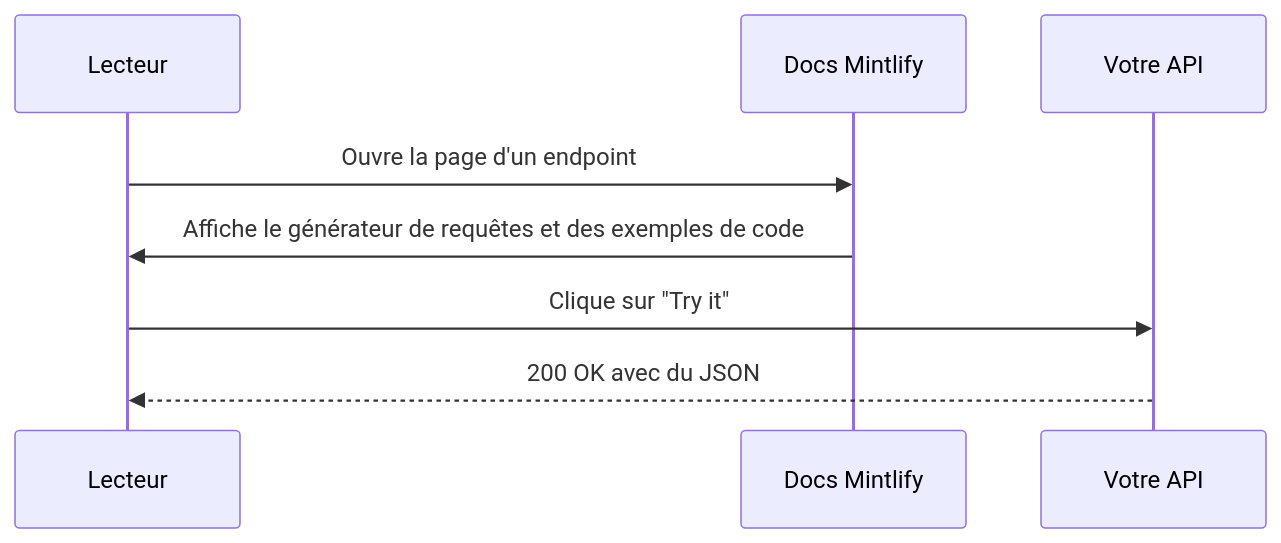
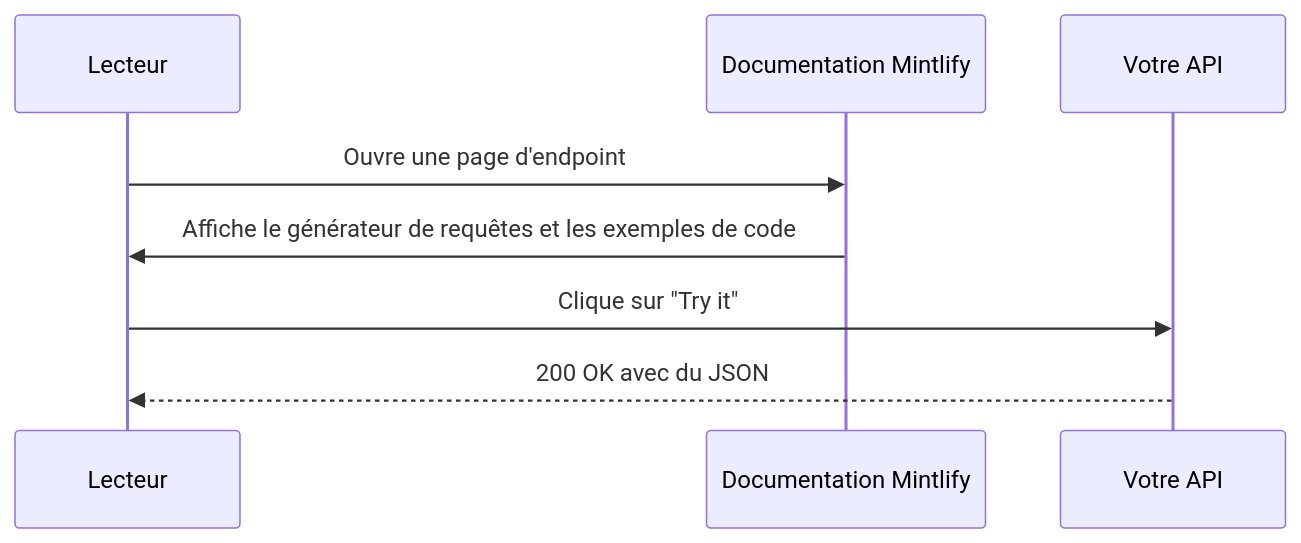
Before and after one commit to mintlify-demo/docs: the first of 2 diagrams in fr/showcase/components.mdx, drawn with Mermaid. The commit also changed other lines of this file and 76 other files, not shown here.

````diff
--- a/fr/showcase/components.mdx
+++ b/fr/showcase/components.mdx
@@ -111,10 +111,10 @@
 ```mermaid
 sequenceDiagram
-    participant Lecteur
-    participant Docs as Docs Mintlify
+    participant Reader as Lecteur
+    participant Docs as Documentation Mintlify
     participant API as Votre API
-    Lecteur->>Docs: Ouvre la page d'un endpoint
-    Docs->>Lecteur: Affiche le générateur de requêtes et des exemples de code
-    Lecteur->>API: Clique sur "Try it"
-    API-->>Lecteur: 200 OK avec du JSON
+    Reader->>Docs: Ouvre une page d'endpoint
+    Docs->>Reader: Affiche le générateur de requêtes et les exemples de code
+    Reader->>API: Clique sur "Try it"
+    API-->>Reader: 200 OK avec du JSON
 ```
````
